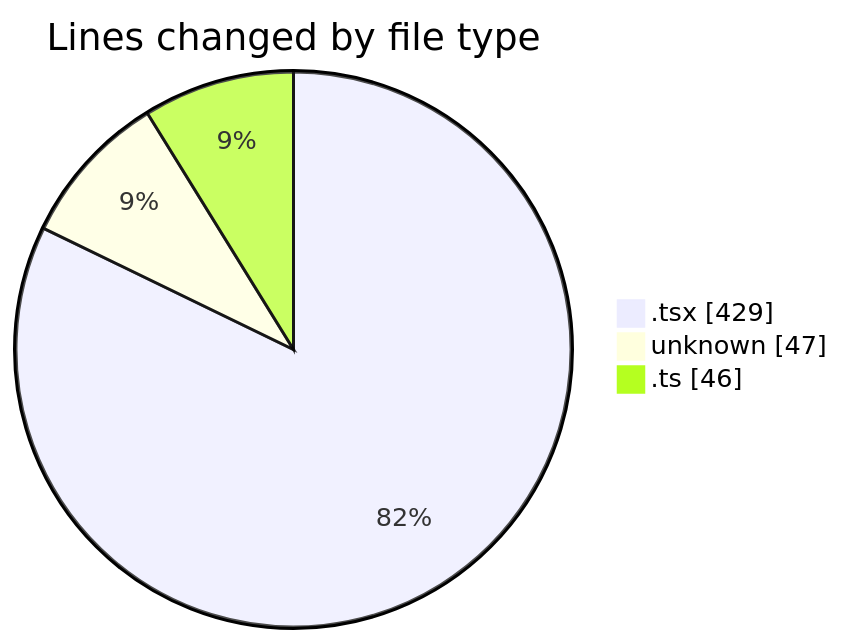
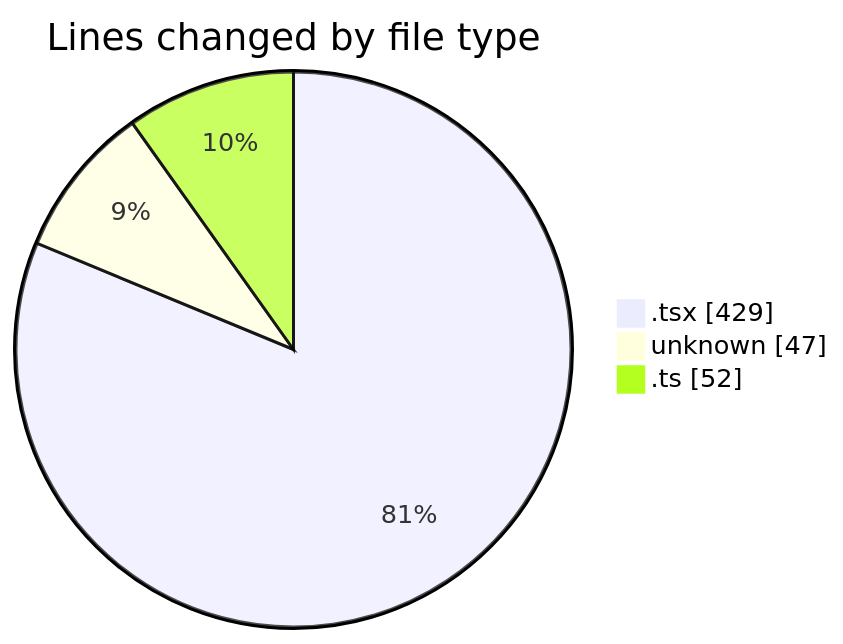
The first of 2 diagrams in 2025-09-18/cda/README.md (momahboobian/code-tracking), drawn with Mermaid before and after one commit. The commit also changed other lines of this file and 1 other file, not shown here.

````diff
--- a/2025-09-18/cda/README.md
+++ b/2025-09-18/cda/README.md
@@ -24,7 +24,7 @@
 ```mermaid
 pie showData
 title Lines changed by file type
 ".tsx" : 429
 "unknown" : 47
-".ts" : 46
+".ts" : 52
 ```
````
